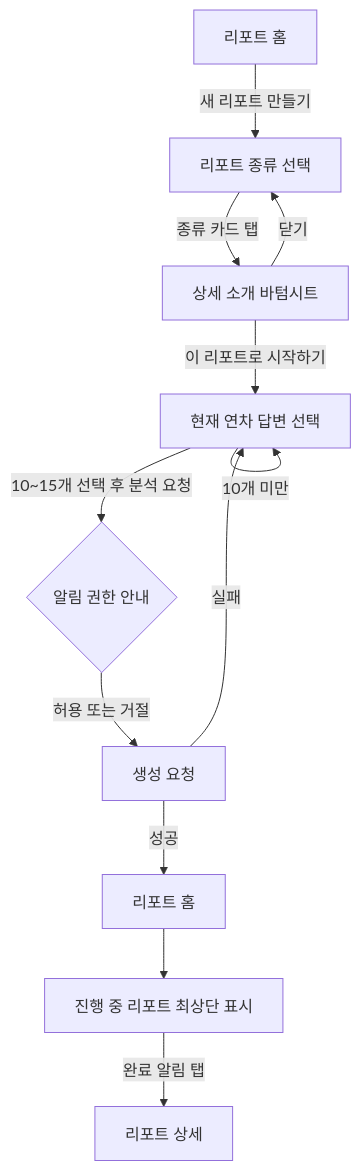
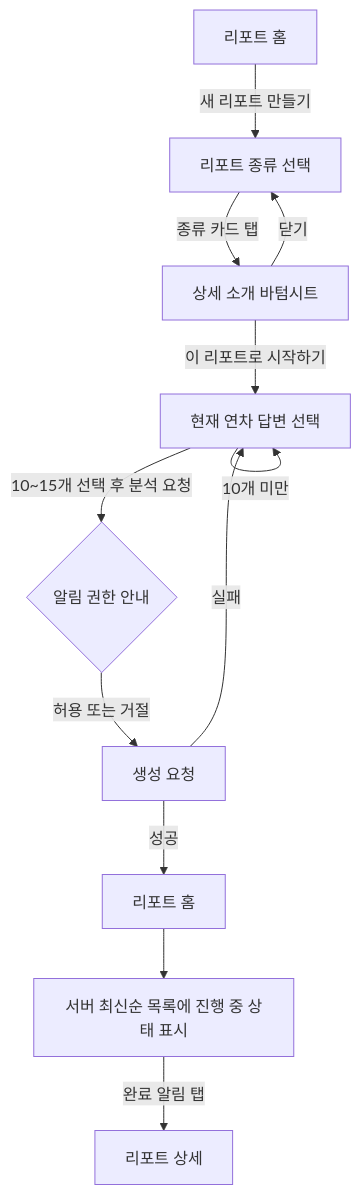
Before and after one commit to think-grow-studio/one-question-app-client: the first of 2 diagrams in docs/planning/ai-리포트-uiux기획.md, drawn with Mermaid. The commit also changed other lines of this file and 1 other file, not shown here.

````diff
--- a/docs/planning/ai-리포트-uiux기획.md
+++ b/docs/planning/ai-리포트-uiux기획.md
@@ -105,14 +105,14 @@
 ```mermaid
 flowchart TD
     A[리포트 홈] -->|새 리포트 만들기| B[리포트 종류 선택]
     B -->|종류 카드 탭| C[상세 소개 바텀시트]
     C -->|닫기| B
     C -->|이 리포트로 시작하기| D[현재 연차 답변 선택]
     D -->|10개 미만| D
     D -->|10~15개 선택 후 분석 요청| E{알림 권한 안내}
     E -->|허용 또는 거절| F[생성 요청]
     F -->|성공| G[리포트 홈]
     F -->|실패| D
-    G --> H[진행 중 리포트 최상단 표시]
+    G --> H[서버 최신순 목록에 진행 중 상태 표시]
     H -->|완료 알림 탭| I[리포트 상세]
 ```
````
